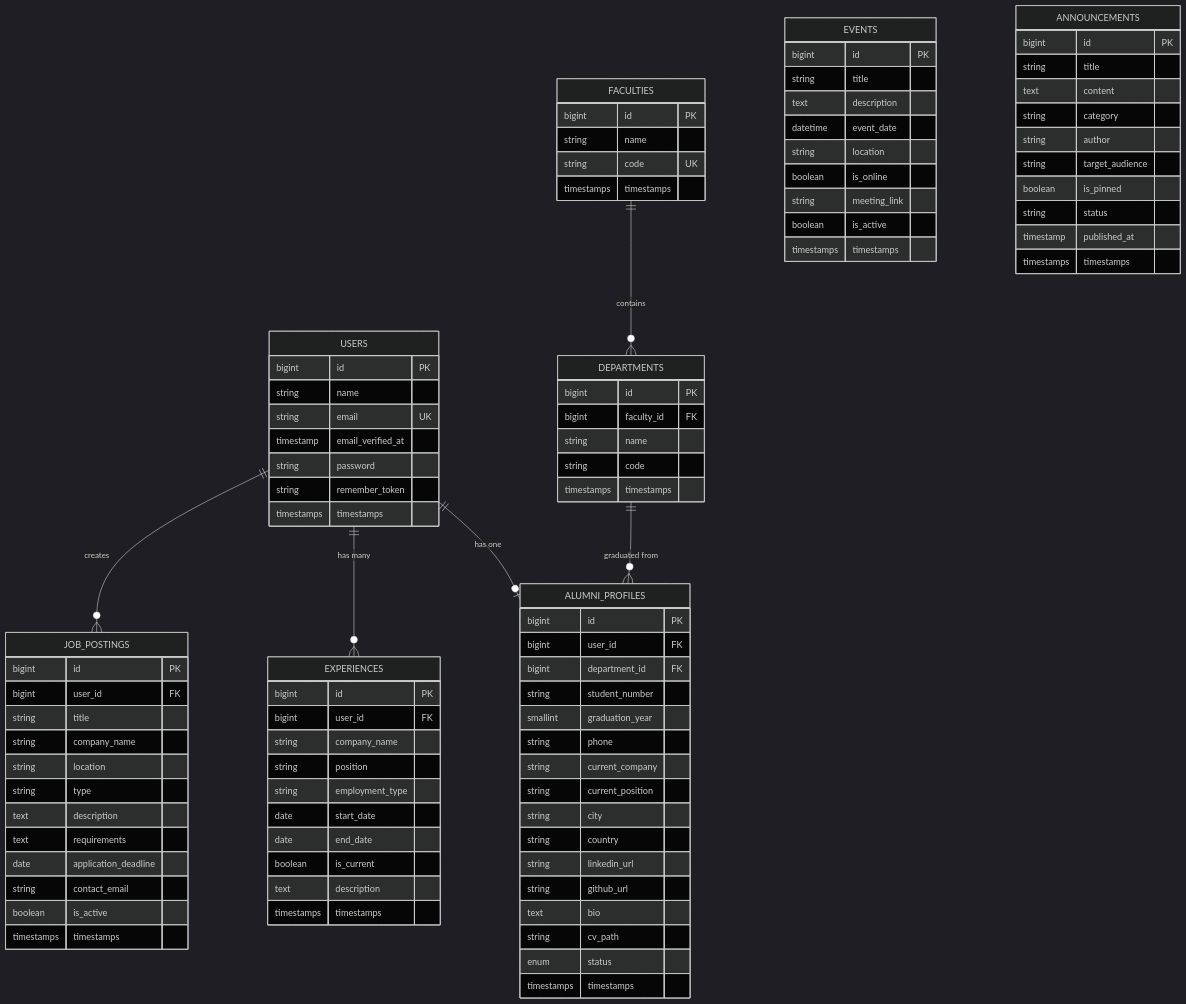
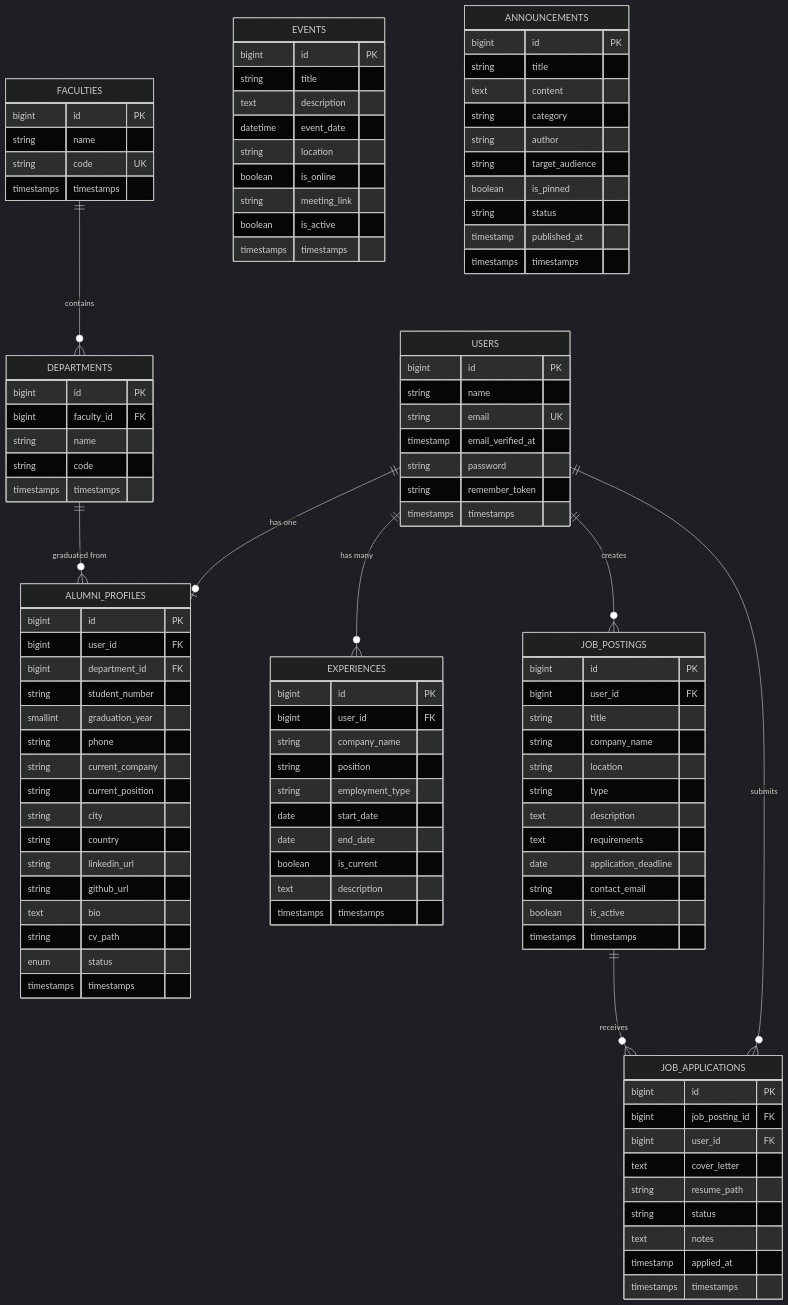
The second of 6 diagrams in add.md (gamze-sueda-akpinar/alumni), drawn with Mermaid (dark theme) before and after one commit. The commit also changed other lines of this file and 10 other files, not shown here.

````diff
--- a/add.md
+++ b/add.md
@@ -93,6 +96,8 @@
     USERS ||--o| ALUMNI_PROFILES : "has one"
     USERS ||--o{ EXPERIENCES : "has many"
     USERS ||--o{ JOB_POSTINGS : "creates"
+    USERS ||--o{ JOB_APPLICATIONS : "submits"
+    JOB_POSTINGS ||--o{ JOB_APPLICATIONS : "receives"
     FACULTIES ||--o{ DEPARTMENTS : "contains"
     DEPARTMENTS ||--o{ ALUMNI_PROFILES : "graduated from"
 
@@ -192,4 +197,16 @@
         timestamp published_at
         timestamps timestamps
     }
+
+    JOB_APPLICATIONS {
+        bigint id PK
+        bigint job_posting_id FK
+        bigint user_id FK
+        text cover_letter
+        string resume_path
+        string status
+        text notes
+        timestamp applied_at
+        timestamps timestamps
+    }
 ```
````
